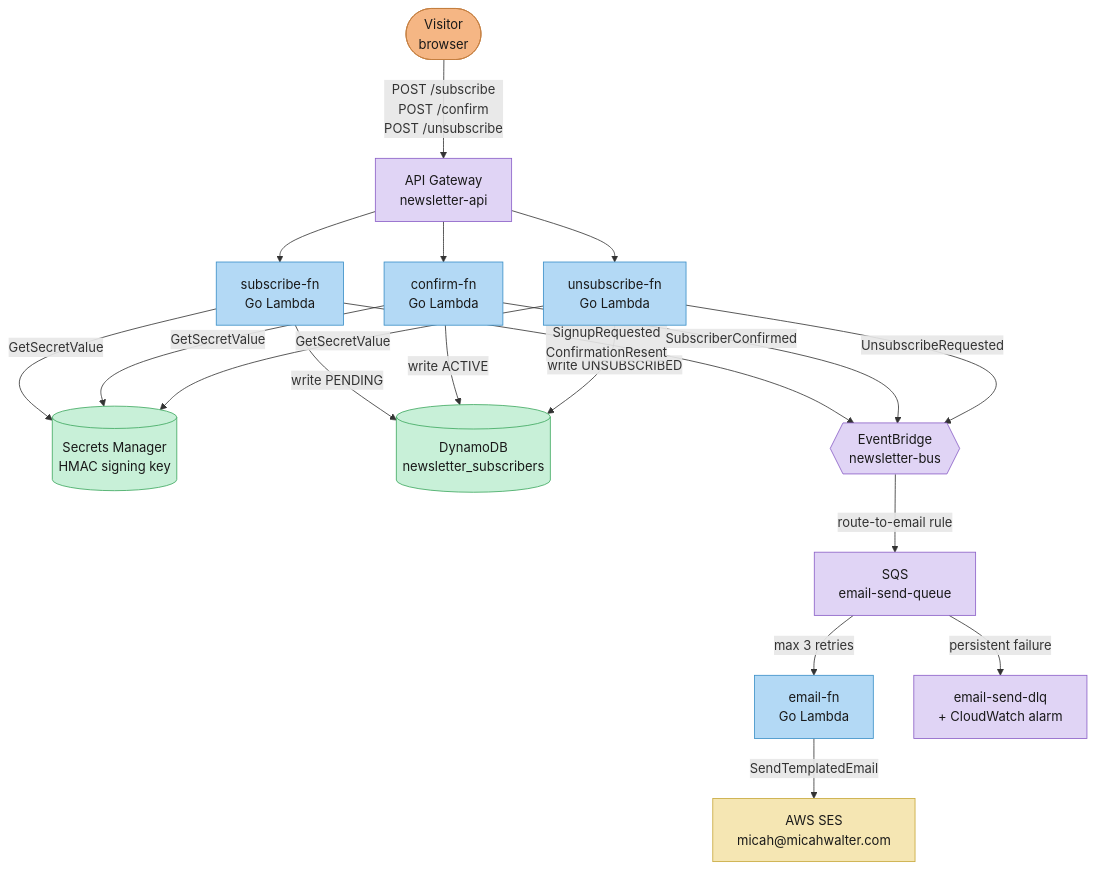
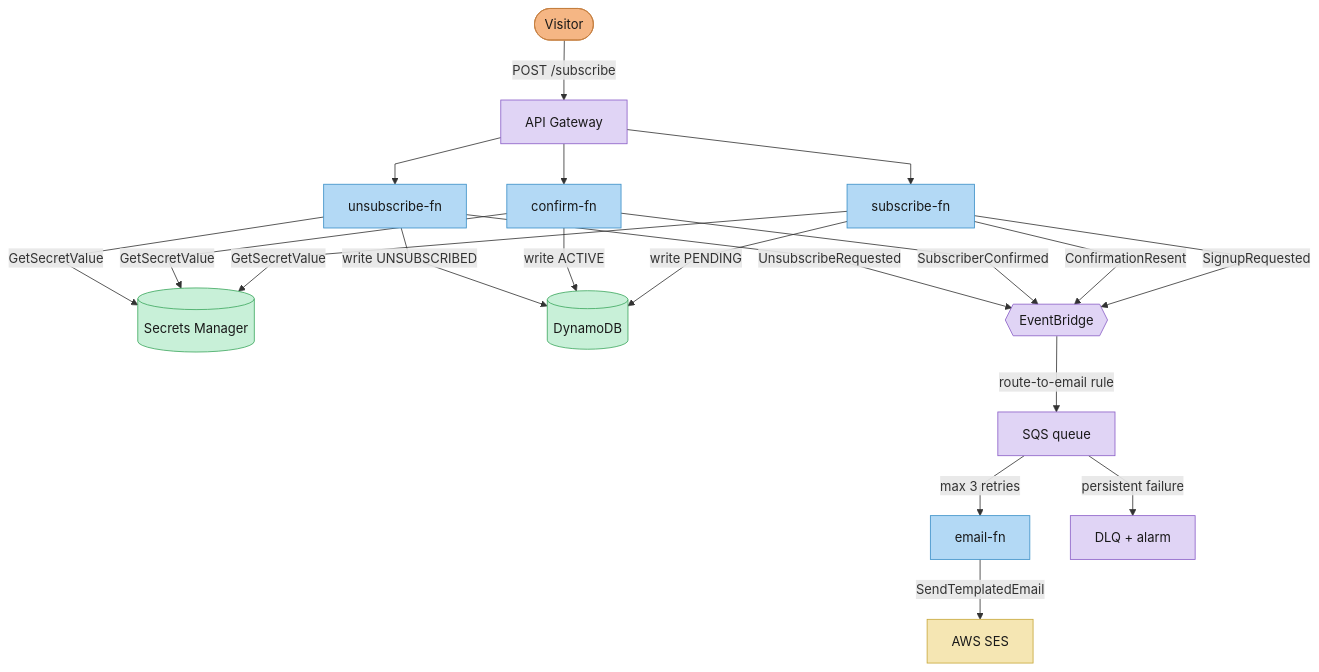
Before and after one commit to micahwalter/micahwalter-www: the second of 2 diagrams in README.md, drawn with Mermaid. The commit also changed 2 other files, not shown here.

Commit message:
Add resource tags to newsletter stacks and fix README diagram
CloudFormation: adds Project/Environment/Application/ManagedBy tags to all
taggable resources in both stacks (S3, DynamoDB, Secrets Manager, EventBridge
bus, SQS queues, API Gateway, 4 IAM roles, 4 Lambda functions, 5 CloudWatch
alarms) so costs appear under 'micahwalter-newsletter' in Cost Explorer.

README: fixes newsletter Mermaid diagram — removes \n escape sequences,
switches to orthogonal linear routing to match the main architecture diagram,
and splits compound edge labels into separate arrows for clarity.

Both stacks redeployed to us-east-1 with tags applied.

````diff
--- a/README.md
+++ b/README.md
@@ -650,36 +650,38 @@
 ```mermaid
+%%{init: {"flowchart": {"curve": "linear"}} }%%
 flowchart TD
-    Visitor([Visitor\nbrowser]) -->|POST /subscribe\nPOST /confirm\nPOST /unsubscribe| APIGW[API Gateway\nnewsletter-api]
+    Visitor([Visitor]) -->|POST /subscribe | APIGW[API Gateway]
 
-    APIGW --> SubFn[subscribe-fn\nGo Lambda]
-    APIGW --> ConFn[confirm-fn\nGo Lambda]
-    APIGW --> UnsFn[unsubscribe-fn\nGo Lambda]
+    APIGW --> SubFn[subscribe-fn]
+    APIGW --> ConFn[confirm-fn]
+    APIGW --> UnsFn[unsubscribe-fn]
 
-    SubFn & ConFn & UnsFn -->|GetSecretValue| SM[(Secrets Manager\nHMAC signing key)]
+    SubFn & ConFn & UnsFn -->|GetSecretValue| SM[(Secrets Manager)]
 
-    SubFn -->|write PENDING| DDB[(DynamoDB\nnewsletter_subscribers)]
+    SubFn -->|write PENDING| DDB[(DynamoDB)]
     ConFn -->|write ACTIVE| DDB
     UnsFn -->|write UNSUBSCRIBED| DDB
 
-    SubFn -->|SignupRequested\nConfirmationResent| EB{{EventBridge\nnewsletter-bus}}
+    SubFn -->|SignupRequested| EB{{EventBridge}}
+    SubFn -->|ConfirmationResent| EB
     ConFn -->|SubscriberConfirmed| EB
     UnsFn -->|UnsubscribeRequested| EB
 
-    EB -->|route-to-email rule| SQS[SQS\nemail-send-queue]
-    SQS -->|max 3 retries| EmailFn[email-fn\nGo Lambda]
-    SQS -->|persistent failure| DLQ[email-send-dlq\n+ CloudWatch alarm]
+    EB -->|route-to-email rule| SQS[SQS queue]
+    SQS -->|max 3 retries| EmailFn[email-fn]
+    SQS -->|persistent failure| DLQ[DLQ + alarm]
 
-    EmailFn -->|SendTemplatedEmail| SES[AWS SES\nmicah@micahwalter.com]
+    EmailFn -->|SendTemplatedEmail| SES[AWS SES]
 
     classDef people fill:#F5B684,stroke:#c47d3e,color:#191919
     classDef lambda fill:#b3d9f5,stroke:#3a8fc7,color:#191919
     classDef storage fill:#c8f0d8,stroke:#3da85e,color:#191919
     classDef messaging fill:#e0d4f5,stroke:#8a5ec7,color:#191919
     classDef email fill:#f5e6b3,stroke:#c7a83a,color:#191919
 
     class Visitor people
     class SubFn,ConFn,UnsFn,EmailFn lambda
     class DDB,SM storage
     class APIGW,EB,SQS,DLQ messaging
     class SES email
 ```
````
